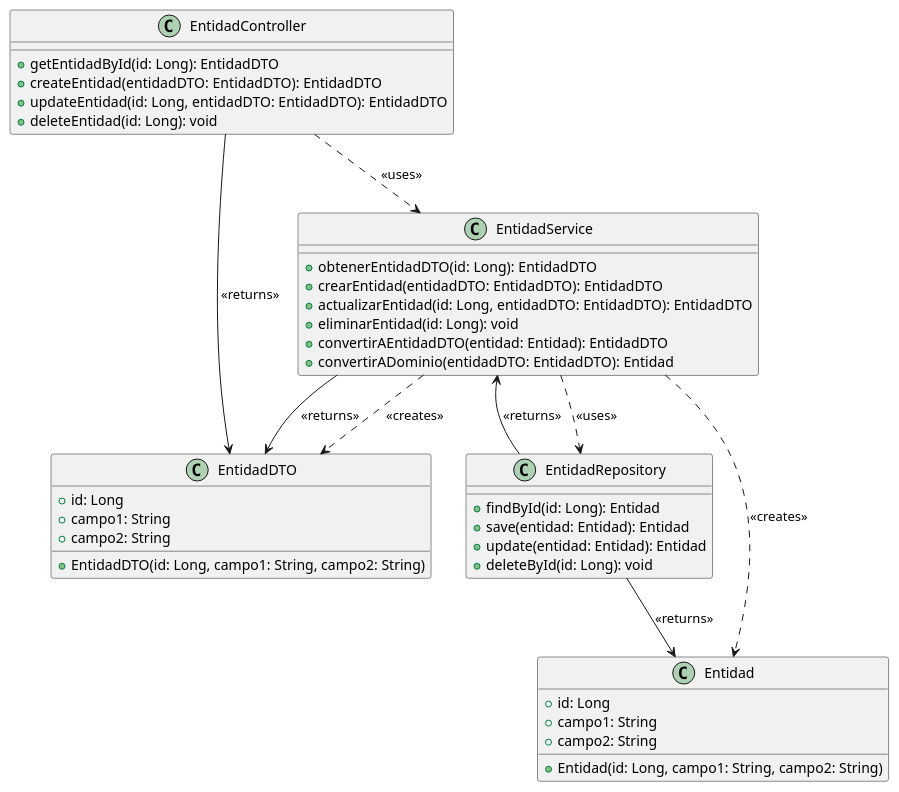
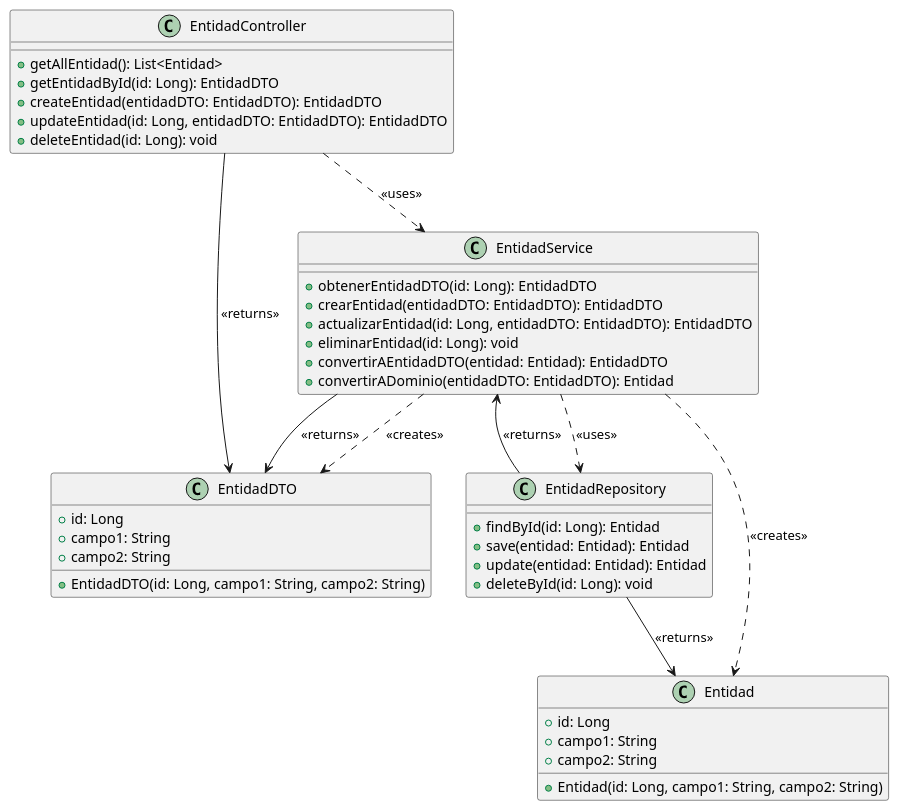
One commit to abelguevara-upeu/apis-rosalesdental changed the diagram in src/main/resources/templates/architecture/v1/class-diagram.pu. Above: the diagram before and after it, drawn with PlantUML. The commit also changed 4 other files, not shown here.

```diff
--- a/src/main/resources/templates/architecture/v1/class-diagram.pu
+++ b/src/main/resources/templates/architecture/v1/class-diagram.pu
@@ -1,49 +1,50 @@
 @startuml test
 
 class EntidadController {
+  +getAllEntidad(): List<Entidad>
   +getEntidadById(id: Long): EntidadDTO
   +createEntidad(entidadDTO: EntidadDTO): EntidadDTO
   +updateEntidad(id: Long, entidadDTO: EntidadDTO): EntidadDTO
   +deleteEntidad(id: Long): void
 }
 
 class EntidadService {
   +obtenerEntidadDTO(id: Long): EntidadDTO
   +crearEntidad(entidadDTO: EntidadDTO): EntidadDTO
   +actualizarEntidad(id: Long, entidadDTO: EntidadDTO): EntidadDTO
   +eliminarEntidad(id: Long): void
   +convertirAEntidadDTO(entidad: Entidad): EntidadDTO
   +convertirADominio(entidadDTO: EntidadDTO): Entidad
 }
 
 class EntidadRepository {
   +findById(id: Long): Entidad
   +save(entidad: Entidad): Entidad
   +update(entidad: Entidad): Entidad
   +deleteById(id: Long): void
 }
 
 class EntidadDTO {
   +id: Long
   +campo1: String
   +campo2: String
   +EntidadDTO(id: Long, campo1: String, campo2: String)
 }
 
 class Entidad {
   +id: Long
   +campo1: String
   +campo2: String
   +Entidad(id: Long, campo1: String, campo2: String)
 }
 
 EntidadController ..> EntidadService : <<uses>>
 EntidadService ..> EntidadRepository : <<uses>>
 EntidadService ..> EntidadDTO : <<creates>>
 EntidadService ..> Entidad : <<creates>>
 EntidadRepository --> EntidadService : <<returns>>
 EntidadService --> EntidadDTO : <<returns>>
 EntidadController --> EntidadDTO : <<returns>>
 EntidadRepository --> Entidad : <<returns>>
 
 @enduml
```
